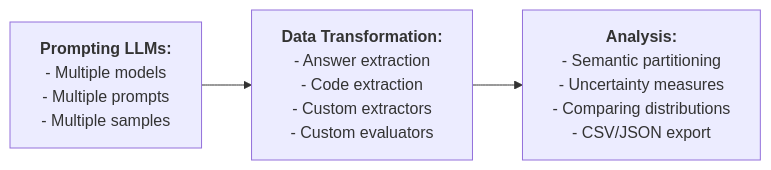
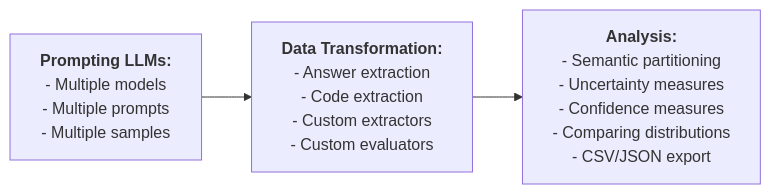
The diagram in README.md (msv-lab/llm-play), drawn with Mermaid before and after one commit. The commit also changed other lines of this file and 2 other files, not shown here.

````diff
--- a/README.md
+++ b/README.md
@@ -5,17 +5,18 @@
 ```mermaid
 flowchart LR
     A["`**Prompting LLMs:**
     - Multiple models
     - Multiple prompts
     - Multiple samples`"] --> B["`**Data Transformation:**
     - Answer extraction
     - Code extraction
     - Custom extractors
     - Custom evaluators`"]
     B --> C["`**Analysis:**
     - Semantic partitioning
     - Uncertainty measures
+    - Confidence measures
     - Comparing distributions
     - CSV/JSON export
     `"]
 ```
````
